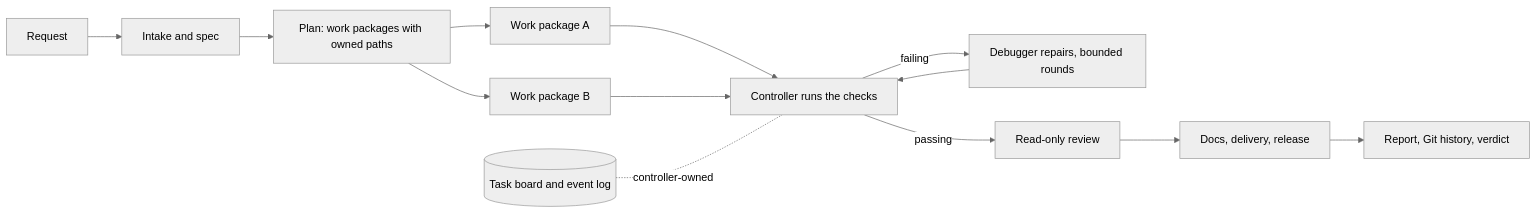
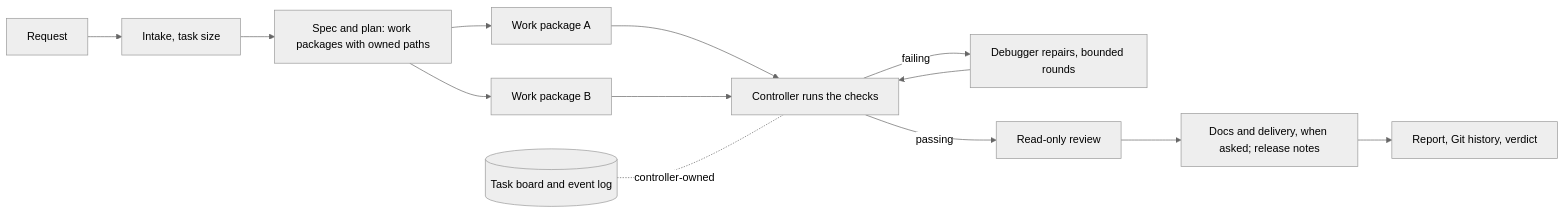
One commit to alexandre0sheva/crewai-engineering_team changed the diagram in README.md. Above: the diagram before and after it, drawn with Mermaid (neutral theme). The commit also changed other lines of this file and 94 other files, not shown here.

````diff
--- a/README.md
+++ b/README.md
@@ -94,15 +94,15 @@
 ```mermaid
 flowchart LR
-    R[Request] --> I[Intake and spec]
-    I --> P[Plan: work packages with owned paths]
+    R[Request] --> I[Intake, task size]
+    I --> P[Spec and plan: work packages with owned paths]
     P --> W1[Work package A]
     P --> W2[Work package B]
     W1 --> V[Controller runs the checks]
     W2 --> V
     V -- failing --> D[Debugger repairs, bounded rounds]
     D --> V
     V -- passing --> Q[Read-only review]
-    Q --> O[Docs, delivery, release]
+    Q --> O[Docs and delivery, when asked; release notes]
     O --> X[Report, Git history, verdict]
     C[(Task board and event log)] -. controller-owned .- V
 ```
````
